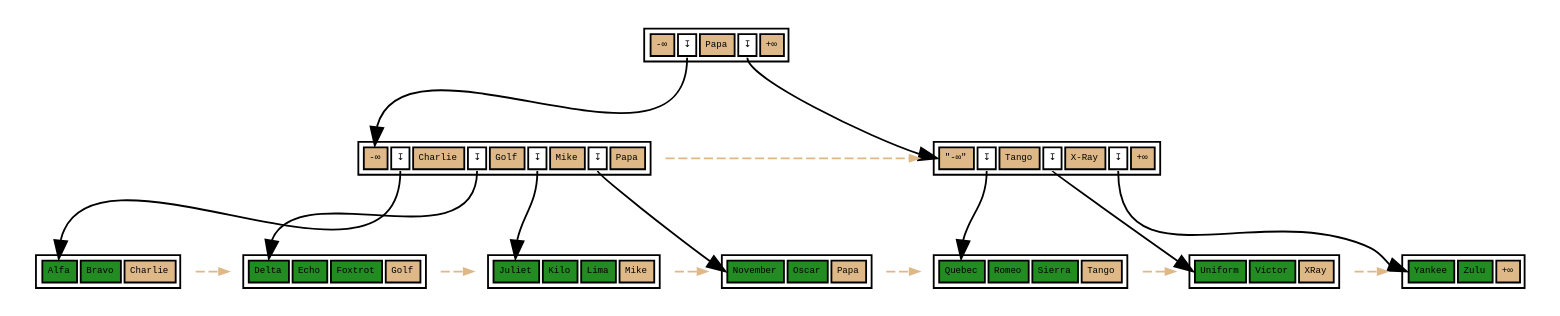
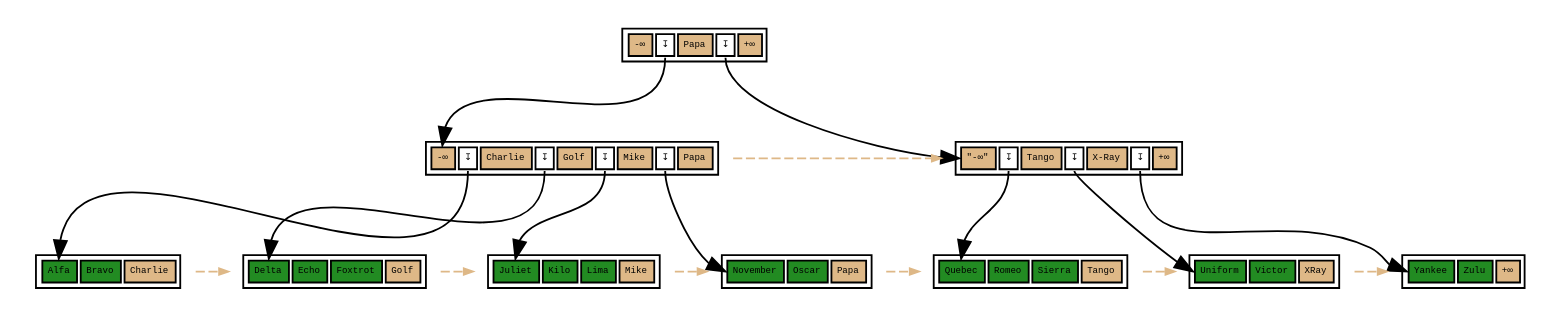
One commit to petergeoghegan/pg_query_internals changed the diagram in cute-btree.dot. Above: the diagram before and after it, drawn with Graphviz.

Commit message:
Rename leaf f to t

```diff
--- a/cute-btree.dot
+++ b/cute-btree.dot
@@ -1,165 +1,166 @@
 // Example B-Tree graph
 //
 // Breadth-first order
 //
 // Start from root, go left to right
 //
 // Workflow:
 //
 // $ dot -T svg btree.dot -o btree.svg;
 
 digraph nbtree {
 graph [fontname = "monospace"];
 node [shape = none,height=.1,fontname = "monospace",fontsize=5];
 // Level 2 (Root internal level)
 rootnode[ label=<<table>
                     <tr>
                         <td bgcolor='burlywood' port="f0">-&infin;</td>
                         <td bgcolor='#FFFFFF' port="f1">&#8615;</td>
                         <td bgcolor='burlywood' port="f2">Papa</td>
                         <td bgcolor='#FFFFFF' port="f3">&#8615;</td>
                         <td bgcolor='burlywood' port="hk">+&infin;</td>
                     </tr>
                 </table>
                >
         ];
 // Downlink arrows to children:
 "rootnode":f1 -> "leftinternal":f0
 "rootnode":f3 -> "rightinternal":f0
 // sibling pointer:
 // (None)
 
 
 // Level 1 (Internal level)
 // Downlinks + highkey:
 leftinternal[ label=<<table>
                     <tr>
                         <td bgcolor='burlywood' port="f0">-&infin;</td>
                         <td bgcolor='#FFFFFF' port="f1">&#8615;</td>
                         <td bgcolor='burlywood' port="f2">Charlie</td>
                         <td bgcolor='#FFFFFF' port="f3">&#8615;</td>
                         <td bgcolor='burlywood' port="f4">Golf</td>
                         <td bgcolor='#FFFFFF' port="f5">&#8615;</td>
                         <td bgcolor='burlywood' port="f6">Mike</td>
                         <td bgcolor='#FFFFFF' port="f7">&#8615;</td>
                         <td bgcolor='burlywood' port="hk">Papa</td>
                     </tr>
                 </table>
                >
         ];
 // Downlink arrows to children:
-"leftinternal":f1 -> "leafnode_1":f0
-"leftinternal":f3 -> "leafnode_2":f0
-"leftinternal":f5 -> "leafnode_3":f0
-"leftinternal":f7 -> "leafnode_4":f0
+"leftinternal":f1 -> "leafnode_1":t0
+"leftinternal":f3 -> "leafnode_2":t0
+"leftinternal":f5 -> "leafnode_3":t0
+"leftinternal":f7 -> "leafnode_4":t0
 // sibling pointer:
 "leftinternal" -> "rightinternal"[constraint=false,color=burlywood,style=dashed,arrowsize=0.5]
 // Downlinks + highkey:
 rightinternal[ label=<<table>
                     <tr>
                         <td bgcolor='burlywood' port="f0">&quot;-&infin;&quot;</td>
                         <td bgcolor='#FFFFFF' port="f1">&#8615;</td>
                         <td bgcolor='burlywood' port="f2">Tango</td>
                         <td bgcolor='#FFFFFF' port="f3">&#8615;</td>
                         <td bgcolor='burlywood' port="f4">X-Ray</td>
                         <td bgcolor='#FFFFFF' port="f5">&#8615;</td>
                         <td bgcolor='burlywood' port="hk">+&infin;</td>
                     </tr>
                 </table>
                >
         ];
 // Downlink arrows to children:
-"rightinternal":f1 -> "leafnode_5":f0
-"rightinternal":f3 -> "leafnode_6":f0
-"rightinternal":f5 -> "leafnode_7":f0
+"rightinternal":f1 -> "leafnode_5":t0
+"rightinternal":f3 -> "leafnode_6":t0
+"rightinternal":f5 -> "leafnode_7":t0
 // sibling pointer:
 // (None)
 
 
 // Level 0 (leaf level)
 leafnode_1[ label=<<table>
                     <tr>
-                        <td bgcolor='forestgreen' port="f0">Alfa</td>
-                        <td bgcolor='forestgreen' port="f1">Bravo</td>
+                        <td bgcolor='forestgreen' port="t0">Alfa</td>
+                        <td bgcolor='forestgreen' port="t1">Bravo</td>
                         <td bgcolor='burlywood' port="hk">Charlie</td>
                     </tr>
                 </table>
                >
         ];
 // sibling pointer:
 "leafnode_1" -> "leafnode_2"[constraint=false,color=burlywood,style=dashed,arrowsize=0.5]
 leafnode_2[ label=<<table>
                     <tr>
-                        <td bgcolor='forestgreen' port="f0">Delta</td>
-                        <td bgcolor='forestgreen' port="f1">Echo</td>
-                        <td bgcolor='forestgreen' port="f2">Foxtrot</td>
+                        <td bgcolor='forestgreen' port="t0">Delta</td>
+                        <td bgcolor='forestgreen' port="t1">Echo</td>
+                        <td bgcolor='forestgreen' port="t2">Foxtrot</td>
                         <td bgcolor='burlywood' port="hk">Golf</td>
                     </tr>
                 </table>
                >
         ];
 // sibling pointer:
 "leafnode_2" -> "leafnode_3"[constraint=false,color=burlywood,style=dashed,arrowsize=0.5]
 leafnode_3[ label=<<table>
                     <tr>
-                        <td bgcolor='forestgreen' port="f0">Juliet</td>
-                        <td bgcolor='forestgreen' port="f1">Kilo</td>
-                        <td bgcolor='forestgreen' port="f2">Lima</td>
+                        <td bgcolor='forestgreen' port="t0">Juliet</td>
+                        <td bgcolor='forestgreen' port="t1">Kilo</td>
+                        <td bgcolor='forestgreen' port="t2">Lima</td>
                         <td bgcolor='burlywood' port="hk">Mike</td>
                     </tr>
                 </table>
                >
         ];
 // sibling pointer:
 "leafnode_3" -> "leafnode_4"[constraint=false,color=burlywood,style=dashed,arrowsize=0.5]
 leafnode_4[ label=<<table>
                     <tr>
-                        <td bgcolor='forestgreen' port="f0">November</td>
-                        <td bgcolor='forestgreen' port="f1">Oscar</td>
+                        <td bgcolor='forestgreen' port="t0">November</td>
+                        <td bgcolor='forestgreen' port="t1">Oscar</td>
                         <td bgcolor='burlywood' port="hk">Papa</td>
                     </tr>
                 </table>
                >
         ];
 // sibling pointer:
 "leafnode_4" -> "leafnode_5"[constraint=false,color=burlywood,style=dashed,arrowsize=0.5]
 leafnode_5[ label=<<table>
                     <tr>
-                        <td bgcolor='forestgreen' port="f0">Quebec</td>
-                        <td bgcolor='forestgreen' port="f1">Romeo</td>
-                        <td bgcolor='forestgreen' port="f2">Sierra</td>
+                        <td bgcolor='forestgreen' port="t0">Quebec</td>
+                        <td bgcolor='forestgreen' port="t1">Romeo</td>
+                        <td bgcolor='forestgreen' port="t2">Sierra</td>
                         <td bgcolor='burlywood' port="hk">Tango</td>
                     </tr>
                 </table>
                >
         ];
 // sibling pointer:
 "leafnode_5" -> "leafnode_6"[constraint=false,color=burlywood,style=dashed,arrowsize=0.5]
 leafnode_6[ label=<<table>
                     <tr>
-                        <td bgcolor='forestgreen' port="f0">Uniform</td>
-                        <td bgcolor='forestgreen' port="f1">Victor</td>
+                        <td bgcolor='forestgreen' port="t0">Uniform</td>
+                        <td bgcolor='forestgreen' port="t1">Victor</td>
                         <td bgcolor='burlywood' port="hk">XRay</td>
                     </tr>
                 </table>
                >
         ];
 // sibling pointer:
 "leafnode_6" -> "leafnode_7"[constraint=false,color=burlywood,style=dashed,arrowsize=0.5]
 leafnode_7[ label=<<table>
                     <tr>
-                        <td bgcolor='forestgreen' port="f0">Yankee</td>
-                        <td bgcolor='forestgreen' port="f1">Zulu</td>
+                        <td bgcolor='forestgreen' port="t0">Yankee</td>
+                        <td bgcolor='forestgreen' port="t1">Zulu</td>
                         <td bgcolor='burlywood' port="hk">+&infin;</td>
                     </tr>
                 </table>
                >
         ];
 // sibling pointer:
 // (None)
 
 // Force alignment from root to internal to leaf levels:
 edge[style=invis];
+"leftinternal":hk -> "leafnode_4":hk
+"rightinternal":f1 -> "leafnode_5":t1
 "rootnode":f2 -> "leftinternal":hk
-"rootnode":hk -> "leafnode_4":hk
 }
```
